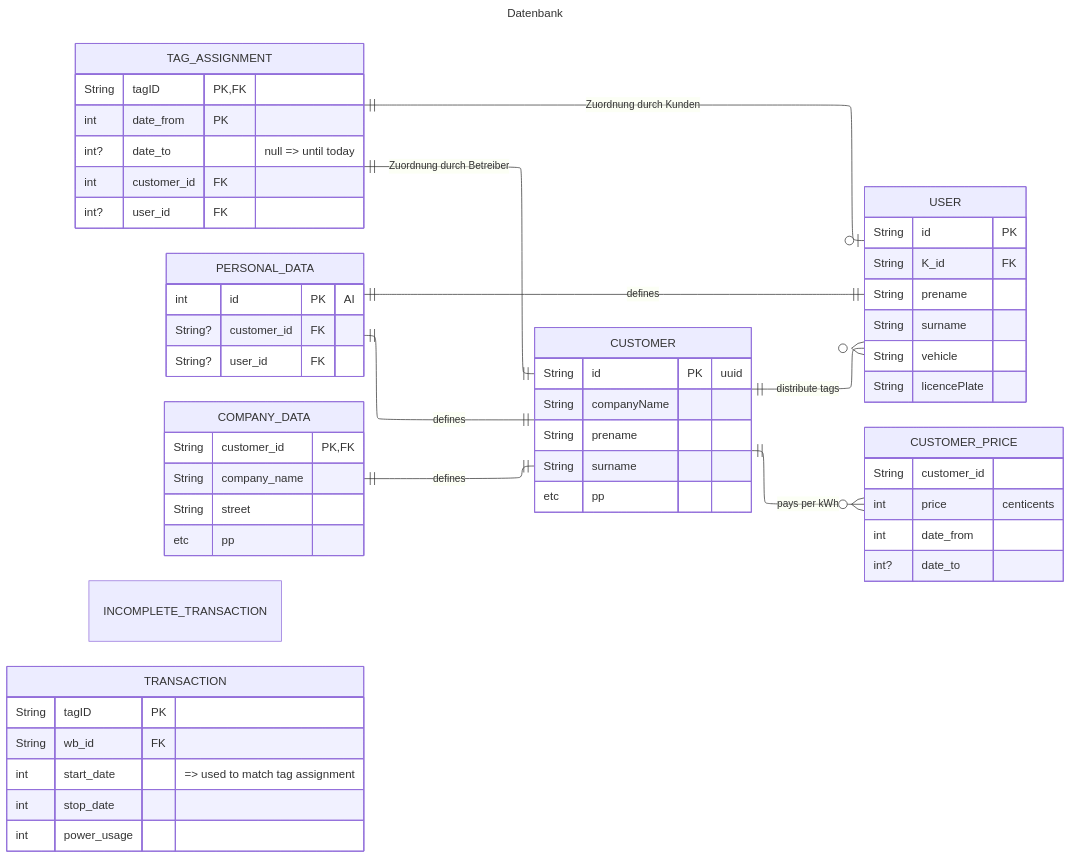
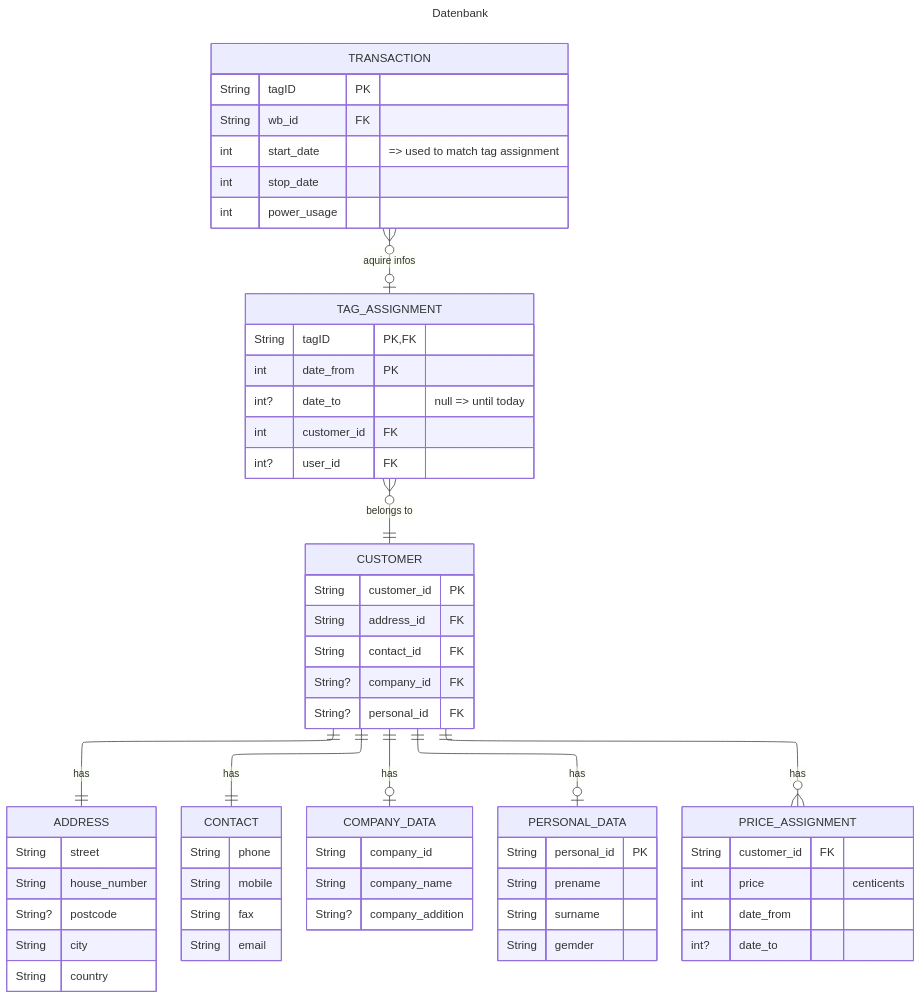
One commit to TheGreedyGoat/wall_box_2 changed the diagram in planning/data_model.mmd. Above: the diagram before and after it, drawn with Mermaid.

Commit message:
preperation and planning for database implementation

```diff
--- a/planning/data_model.mmd
+++ b/planning/data_model.mmd
@@ -1,93 +1,82 @@
 ---
 title: Datenbank
 config:
     layout: elk
 ---
 
 erDiagram
-    direction LR
+    direction TB
     
-    %% WALLBOX_LOG ||--o{ LOG_SCAN: "consits of"
-    %% LOG_SCAN ||--o{ MV : "contains"
-    %% LOG_SCAN ||--o{ TA_LOG: ""
-
-    %% TA_LOG ||--|| TRANSACTION: "converts to if complete"
-    %% %% TRANSACTION ||--|| TAG_ASSIGNMENT: ""
-    %% TAG_ASSIGNMENT ||--o| TAG:"assigns"
+    TRANSACTION }o--o| TAG_ASSIGNMENT : "aquire infos"
+    TAG_ASSIGNMENT }o--|| CUSTOMER: "belongs to"
+    CUSTOMER ||--|| ADDRESS : "has"
+    CUSTOMER ||--|| CONTACT : "has"
+    CUSTOMER ||--o| COMPANY_DATA : "has"
+    CUSTOMER ||--o| PERSONAL_DATA : "has"
+    CUSTOMER ||--o{ PRICE_ASSIGNMENT: "has"
 
     
 
-    CUSTOMER ||--o{ USER: "distribute tags"
-    CUSTOMER ||--O{ CUSTOMER_PRICE: "pays per kWh"
-
-    TAG_ASSIGNMENT ||--|| CUSTOMER:"Zuordnung durch Betreiber"
-    TAG_ASSIGNMENT ||--o| USER: "Zuordnung durch Kunden"
-
-    PERSONAL_DATA ||--|| CUSTOMER : "defines"
-    COMPANY_DATA ||--|| CUSTOMER : "defines"
-
-    PERSONAL_DATA ||--|| USER : "defines"
-    
-    INCOMPLETE_TRANSACTION{
-
-    }
     TRANSACTION{
         String tagID PK
         String wb_id FK
         int start_date "=> used to match tag assignment"
         int stop_date 
         int power_usage
     }
     
     TAG_ASSIGNMENT{
         String tagID PK,FK
         int date_from PK
         int? date_to "null => until today"
         int customer_id FK
         int? user_id FK
     }
 
     
     CUSTOMER{
-        String id PK  "uuid"
-        String companyName
+        String customer_id PK
+        String address_id FK
+        String contact_id FK
 
-        String prename
-        String surname
-        etc pp
+        String? company_id FK
+        String? personal_id FK
+
     }
 
-    CUSTOMER_PRICE{
-        String customer_id
+    PRICE_ASSIGNMENT{
+        String customer_id FK
         int price "centicents"
         int date_from
         int? date_to
     }
 
-    USER{
-        String id PK
-        String K_id FK
+
+    COMPANY_DATA{
+        String company_id
+        String company_name
+        String? company_addition
+    }
+    PERSONAL_DATA{
+        String personal_id PK
         String prename
         String surname
 
-        String vehicle
-        String licencePlate
+        String gemder
+
     }
 
-    COMPANY_DATA{
-        String customer_id PK, FK
-        String company_name
-        String street 
-        etc pp
+    ADDRESS{
+        String street
+        String house_number
+        String? postcode
+        String city
+        String country
     }
-    PERSONAL_DATA{
-        int id PK "AI"
-        String? customer_id FK
-        String? user_id FK
+
+    CONTACT{
+        String phone
+        String mobile
+        String fax
+        String email
     }
-    %% VEHICLE_DATA{
-    %%     int id PK, FK
-    %%     String user_id FK
-    %% }
-
-%% classDef default fill:#f9f,stroke-width:4px
```
